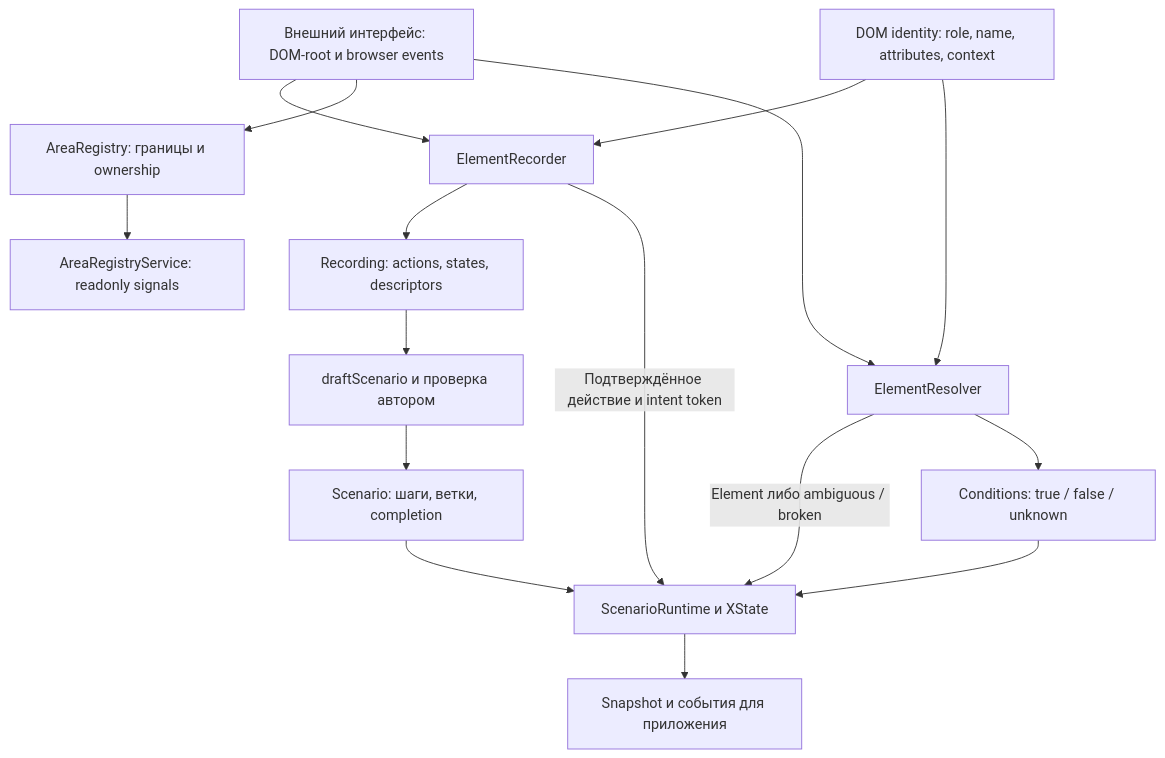
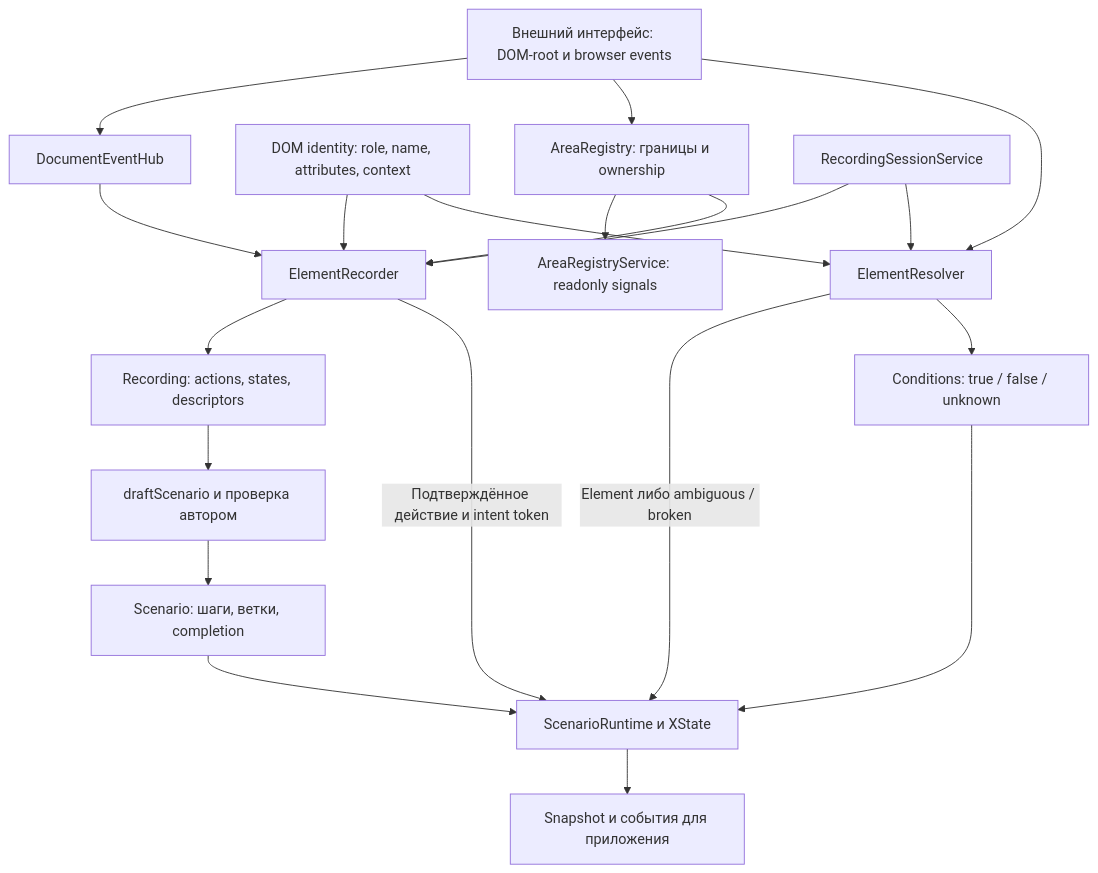
One commit to a1rat91/training-observer changed the diagram in ARCHITECTURE.md. Above: the diagram before and after it, drawn with Mermaid. The commit also changed other lines of this file and 15 other files, not shown here.

````diff
--- a/ARCHITECTURE.md
+++ b/ARCHITECTURE.md
@@ -77,18 +77,22 @@
 ```mermaid
 flowchart TD
-    Host[Внешний интерфейс: DOM-root и browser events] --> Recorder[ElementRecorder]
+    Host[Внешний интерфейс: DOM-root и browser events] --> Hub[DocumentEventHub]
+    Hub --> Recorder[ElementRecorder]
     Identity[DOM identity: role, name, attributes, context] --> Recorder
     Recorder --> Recording[Recording: actions, states, descriptors]
     Recording --> Authoring[draftScenario и проверка автором]
     Authoring --> Scenario[Scenario: шаги, ветки, completion]
     Scenario --> Runtime[ScenarioRuntime и XState]
     Recorder -->|Подтверждённое действие и intent token| Runtime
     Host --> Registry[AreaRegistry: границы и ownership]
     Registry --> Facade[AreaRegistryService: readonly signals]
+    Registry --> Recorder
+    Session[RecordingSessionService] --> Recorder
+    Session --> Resolver
     Host --> Resolver[ElementResolver]
     Identity --> Resolver
     Resolver -->|Element либо ambiguous / broken| Runtime
     Resolver --> Conditions[Conditions: true / false / unknown]
     Conditions --> Runtime
     Runtime --> Snapshot[Snapshot и события для приложения]
 ```
````
